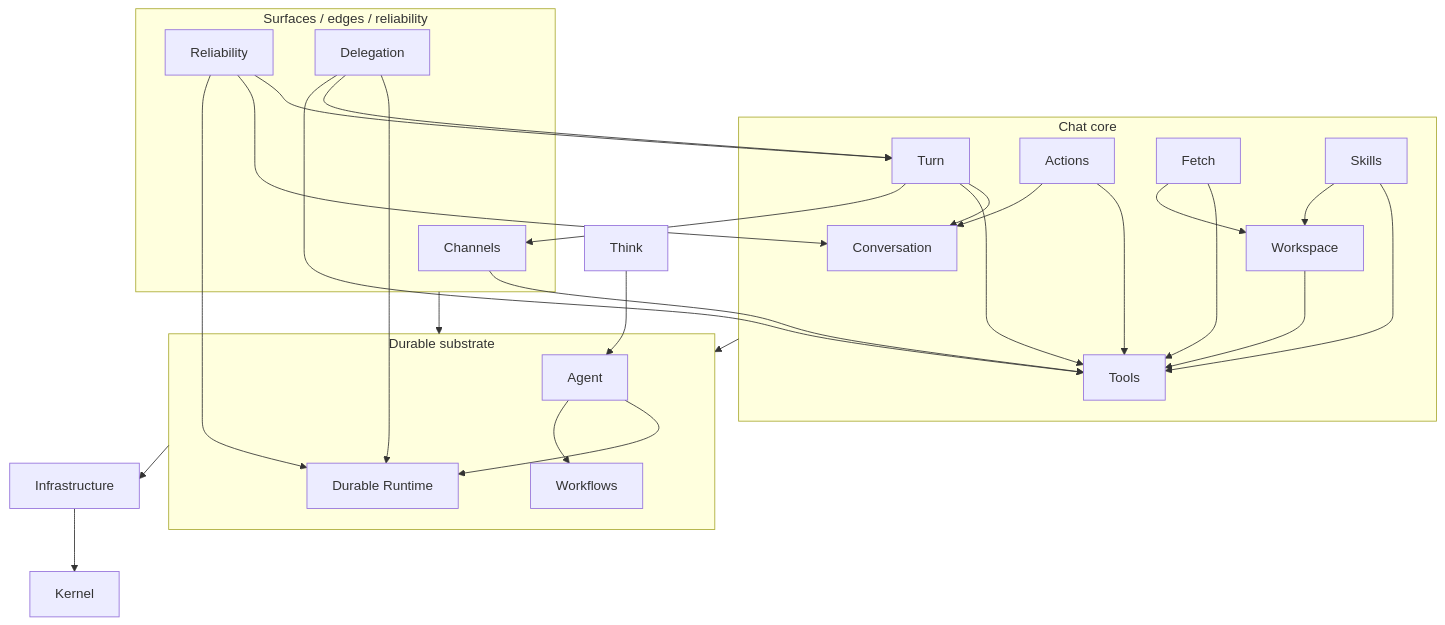
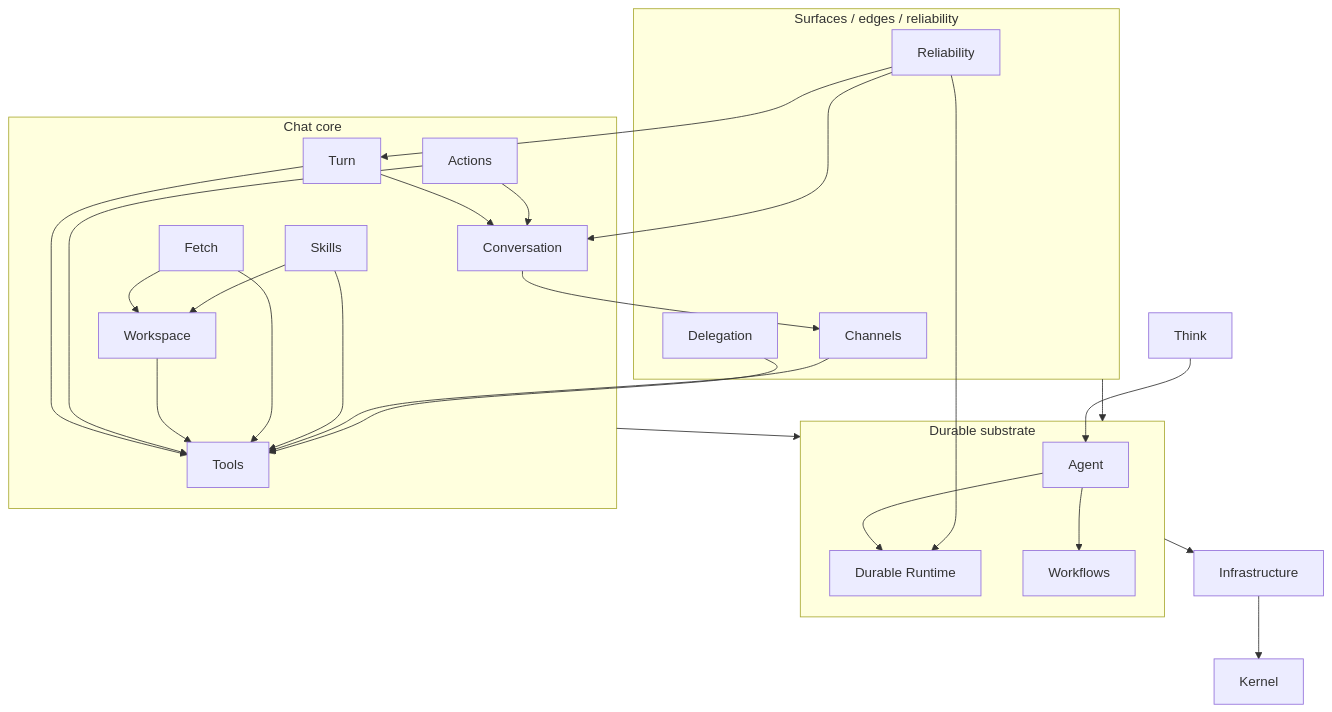
Before and after one commit to cloudflare/agents: the diagram in rebuild/CONTEXT-MAP.md, drawn with Mermaid. The commit also changed other lines of this file and 3 other files, not shown here.

````diff
--- a/rebuild/CONTEXT-MAP.md
+++ b/rebuild/CONTEXT-MAP.md
@@ -156,36 +156,34 @@
 ```mermaid
 flowchart TD
   Think --> Agent
 
   subgraph substrate["Durable substrate"]
     Agent --> Runtime[Durable Runtime]
     Agent --> Workflows
   end
 
   subgraph chat["Chat core"]
     Turn --> Conversation
     Turn --> Tools
     Actions --> Tools
     Actions --> Conversation
     Workspace --> Tools
     Fetch --> Tools
     Fetch --> Workspace
     Skills --> Tools
     Skills --> Workspace
   end
 
   subgraph edges["Surfaces / edges / reliability"]
     Channels --> Tools
-    Turn --> Channels
+    Conversation --> Channels
     Reliability --> Turn
     Reliability --> Conversation
     Reliability --> Runtime
-    Delegation --> Runtime
-    Delegation --> Turn
     Delegation --> Tools
   end
 
   chat --> substrate
   edges --> substrate
   substrate --> Infrastructure --> Kernel
 ```
````
